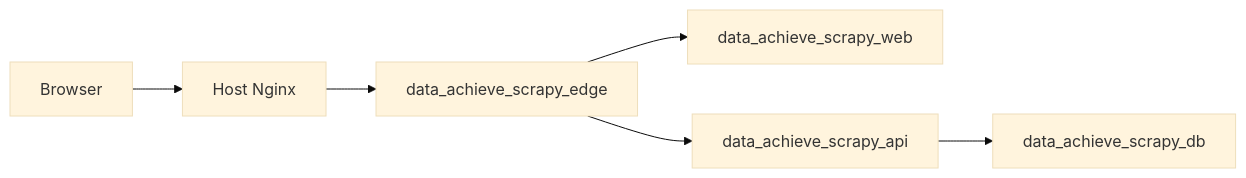
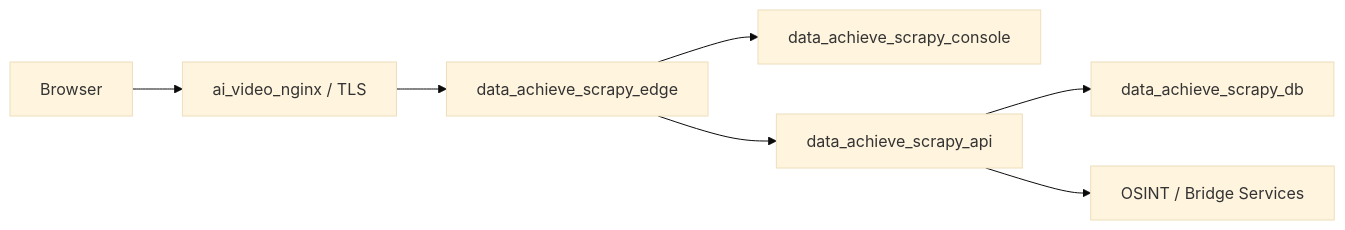
Before and after one commit to zjgulai/data_achieve: the first of 5 diagrams in docs/architecture/architecture-data-intelligence-hub-stable.md, drawn with Mermaid (base theme). The commit also changed other lines of this file and 18 other files, not shown here.

````diff
--- a/docs/architecture/architecture-data-intelligence-hub-stable.md
+++ b/docs/architecture/architecture-data-intelligence-hub-stable.md
@@ -31,8 +32,9 @@
 ```mermaid
 flowchart LR
-  U["Browser"] --> H["Host Nginx"]
-  H --> E["data_achieve_scrapy_edge"]
-  E --> W["data_achieve_scrapy_web"]
+  U["Browser"] --> G["ai_video_nginx / TLS"]
+  G --> E["data_achieve_scrapy_edge"]
+  E --> C["data_achieve_scrapy_console"]
   E --> A["data_achieve_scrapy_api"]
   A --> D["data_achieve_scrapy_db"]
+  A --> O["OSINT / Bridge Services"]
 ```
````
